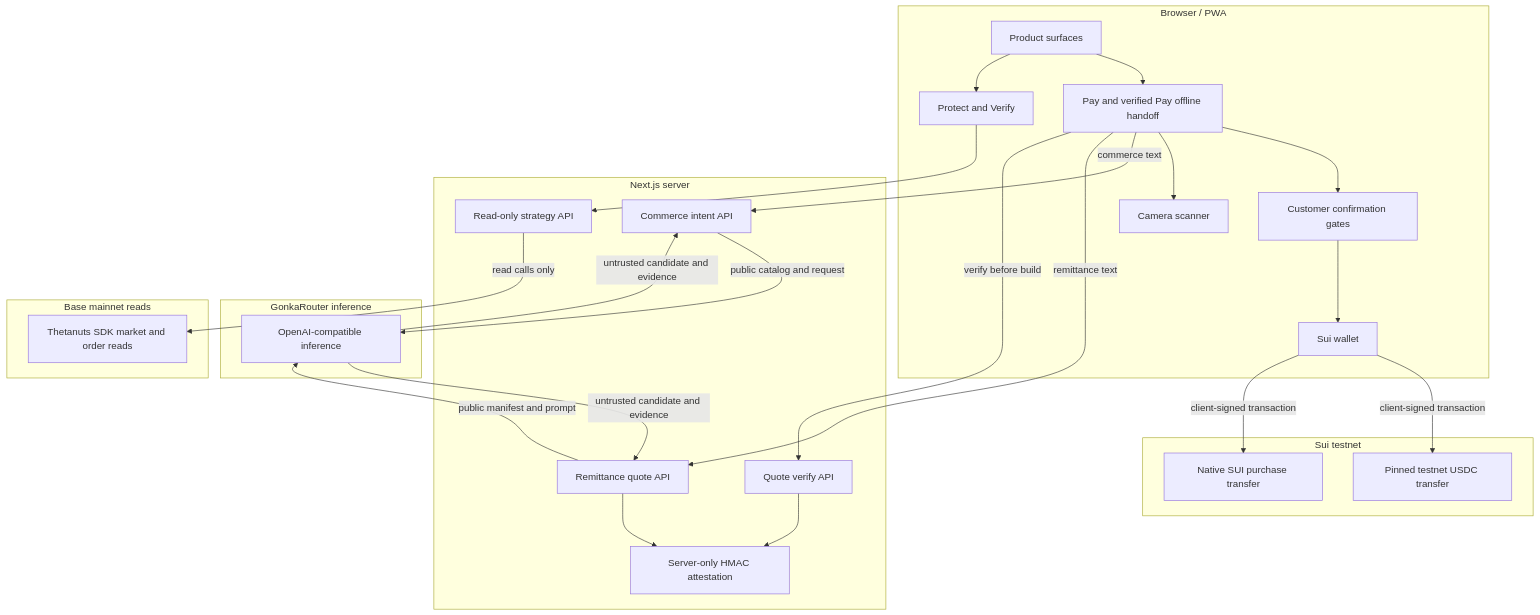
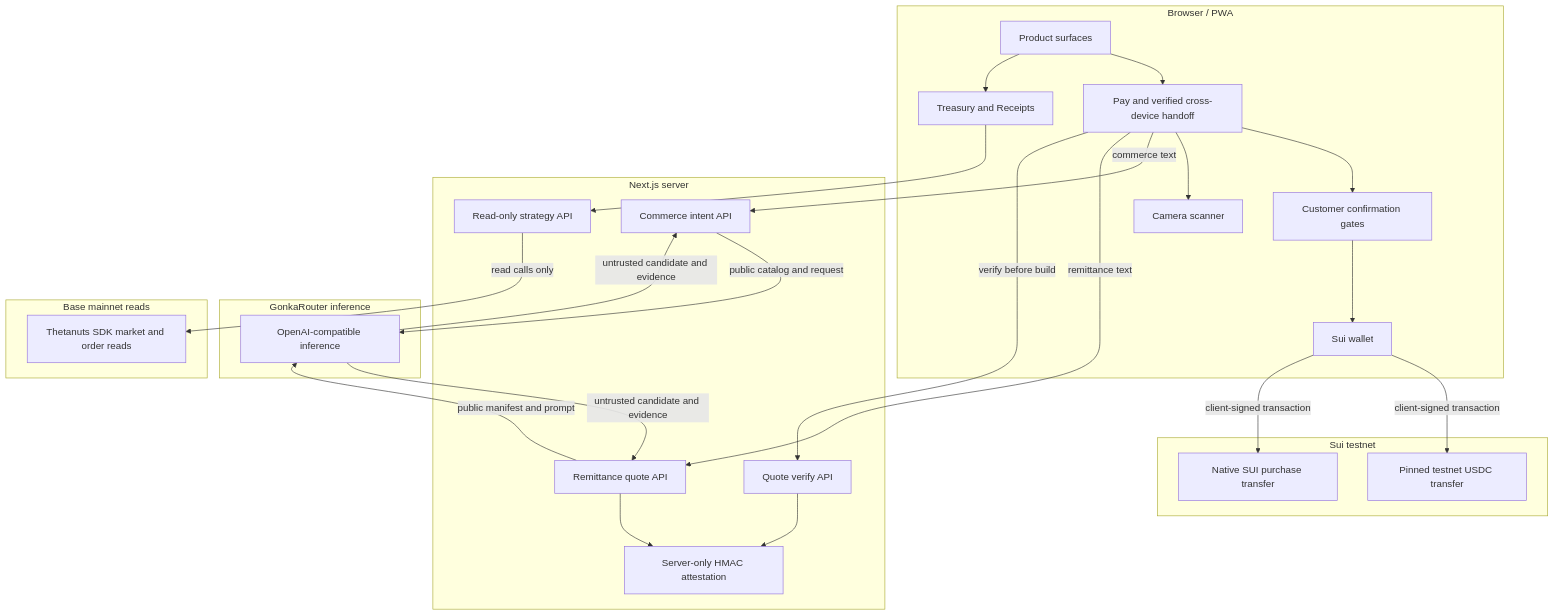
One commit to MUBA-Hack/convey-sui changed the fourth of 4 diagrams in README.md. Above: the diagram before and after it, drawn with Mermaid. The commit also changed other lines of this file and 57 other files, not shown here.

````diff
--- a/README.md
+++ b/README.md
@@ -496,49 +474,49 @@
 ```mermaid
 flowchart TB
   subgraph Browser["Browser / PWA"]
     UI["Product surfaces"]
-    Pay["Pay and verified Pay offline handoff"]
-    ReadOnly["Protect and Verify"]
+    Pay["Pay and verified cross-device handoff"]
+    ReadOnly["Treasury and Receipts"]
     Confirm["Customer confirmation gates"]
     SuiWallet["Sui wallet"]
     Camera["Camera scanner"]
     UI --> Pay --> Confirm --> SuiWallet
     UI --> ReadOnly
     Pay --> Camera
   end
 
   subgraph NextServer["Next.js server"]
     IntentAPI["Commerce intent API"]
     QuoteAPI["Remittance quote API"]
     VerifyAPI["Quote verify API"]
     StrategyAPI["Read-only strategy API"]
     Attestation["Server-only HMAC attestation"]
     QuoteAPI --> Attestation
     VerifyAPI --> Attestation
   end
 
   subgraph GonkaNetwork["GonkaRouter inference"]
     Gonka["OpenAI-compatible inference"]
   end
 
   subgraph SuiNetwork["Sui testnet"]
     Usdc["Pinned testnet USDC transfer"]
     Sui["Native SUI purchase transfer"]
   end
 
   subgraph BaseNetwork["Base mainnet reads"]
     Thetanuts["Thetanuts SDK market and order reads"]
   end
 
   Pay -->|commerce text| IntentAPI
   Pay -->|remittance text| QuoteAPI
   Pay -->|verify before build| VerifyAPI
   IntentAPI -->|public catalog and request| Gonka
   QuoteAPI -->|public manifest and prompt| Gonka
   Gonka -->|untrusted candidate and evidence| IntentAPI
   Gonka -->|untrusted candidate and evidence| QuoteAPI
   SuiWallet -->|client-signed transaction| Usdc
   SuiWallet -->|client-signed transaction| Sui
   ReadOnly --> StrategyAPI
   StrategyAPI -->|read calls only| Thetanuts
 ```
````
